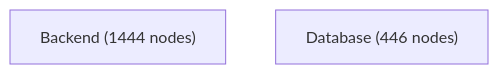
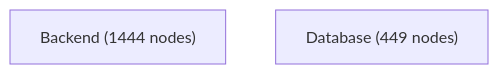
One commit to jankneumann/agentic-coding-tools changed the first of 4 diagrams in docs/architecture-analysis/architecture.report.md. Above: the diagram before and after it, drawn with Mermaid. The commit also changed other lines of this file and 11 other files, not shown here.

Commit message:
docs(architecture): refresh ri-09 ownership evidence

````diff
--- a/docs/architecture-analysis/architecture.report.md
+++ b/docs/architecture-analysis/architecture.report.md
@@ -502,5 +502,5 @@
 ```mermaid
 flowchart TB
     Backend["Backend (1444 nodes)"]
-    Database["Database (446 nodes)"]
+    Database["Database (449 nodes)"]
 ```
````
